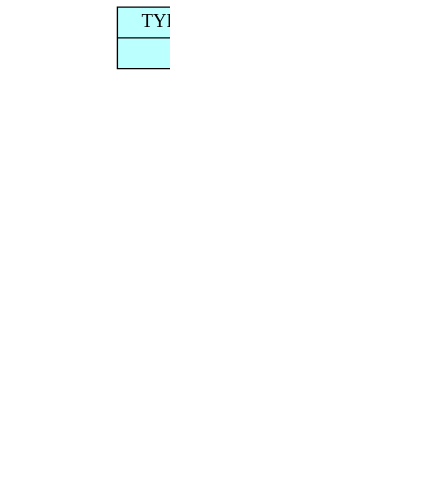
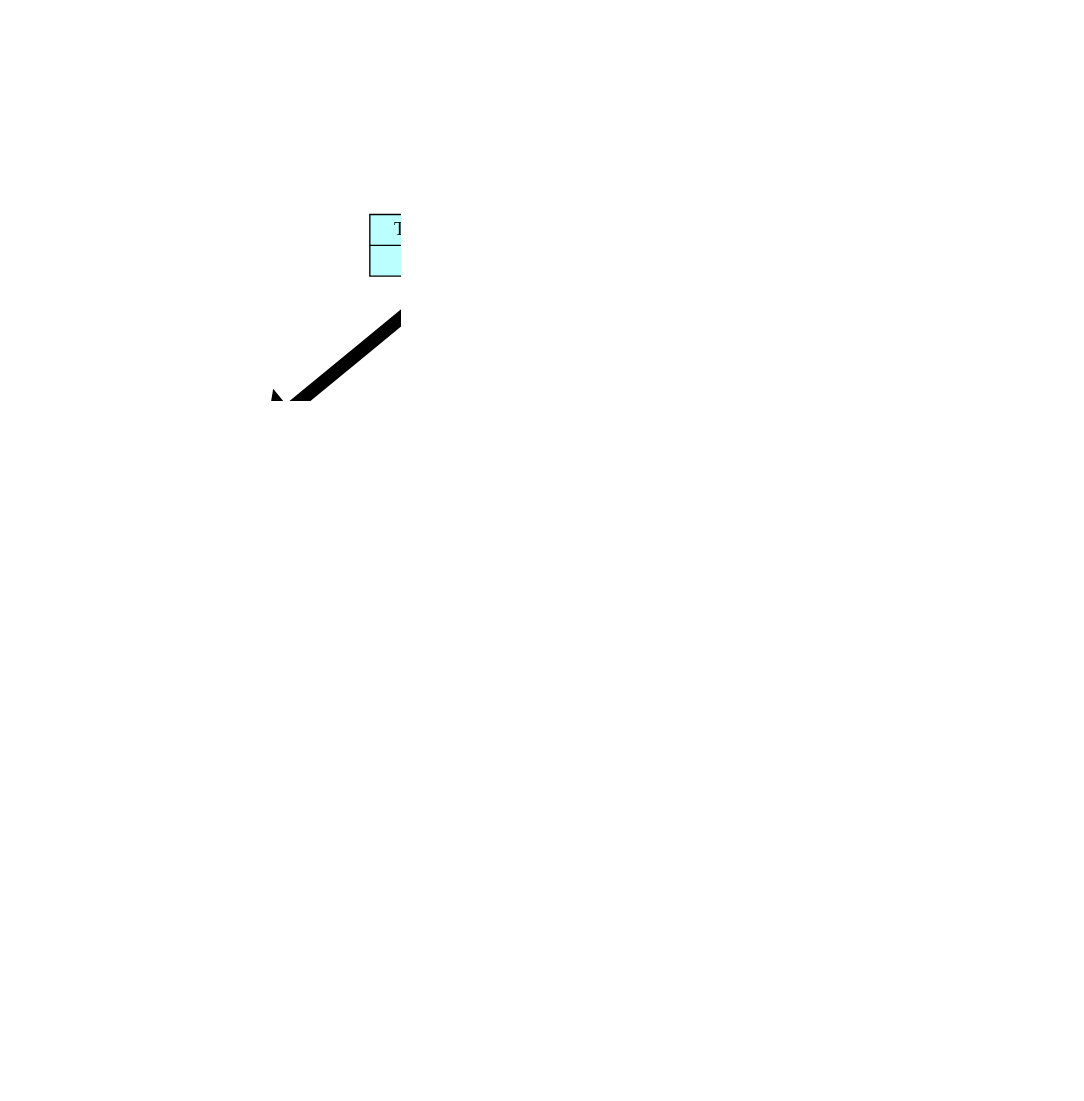
The diagram in dump/list_graph.dot (Troll0ton/Differentiator), drawn with Graphviz before and after one commit. The commit also changed 60 other files, not shown here.

```diff
--- a/dump/list_graph.dot
+++ b/dump/list_graph.dot
@@ -1,17 +1,50 @@
 digraph structs {    
 rankdir = TB;        
 graph [dpi = 200];   
 ranksep = 1.5;       
 edge[penwidth = 10]; 
 cell0 [style = filled, color = black, shape=record, 
-fillcolor = paleturquoise1, label = " { <ptr> TYPE: OPERATION (2) | *} " ];                         
+fillcolor = paleturquoise1, label = " { <ptr> TYPE: OPERATION (1) | +} " ];                         
 cell1 [style = filled, color = black, shape=record, 
 fillcolor = paleturquoise1, label = " { <ptr> TYPE: OPERATION (2) | *} " ];                         
 cell2 [style = filled, color = black, shape=record, 
-fillcolor = darkolivegreen2, label = " { <ptr> TYPE: VARIABLE (4) | X} " ];                         
+fillcolor = paleturquoise1, label = " { <ptr> TYPE: OPERATION (2) | *} " ];                         
 cell3 [style = filled, color = black, shape=record, 
-fillcolor = coral2, label = " { <ptr> TYPE: NUMERIC (4) | 31} " ];                         
-cell0 cell0 -> cell1;
+fillcolor = coral2, label = " { <ptr> TYPE: NUMERIC (4) | -1} " ];                         
+cell4 [style = filled, color = black, shape=record, 
+fillcolor = paleturquoise1, label = " { <ptr> TYPE: OPERATION (4) | sin} " ];                         
+cell5 [style = filled, color = black, shape=record, 
+fillcolor = paleturquoise1, label = " { <ptr> TYPE: OPERATION (2) | *} " ];                         
+cell6 [style = filled, color = black, shape=record, 
+fillcolor = darkolivegreen2, label = " { <ptr> TYPE: VARIABLE (4) | x} " ];                         
+cell7 [style = filled, color = black, shape=record, 
+fillcolor = coral2, label = " { <ptr> TYPE: NUMERIC (4) | 133} " ];                         
+cell8 [style = filled, color = black, shape=record, 
+fillcolor = coral2, label = " { <ptr> TYPE: NUMERIC (4) | 133} " ];                         
+cell9 [style = filled, color = black, shape=record, 
+fillcolor = paleturquoise1, label = " { <ptr> TYPE: OPERATION (2) | *} " ];                         
+cell10 [style = filled, color = black, shape=record, 
+fillcolor = paleturquoise1, label = " { <ptr> TYPE: OPERATION (4) | cos} " ];                         
+cell11 [style = filled, color = black, shape=record, 
+fillcolor = paleturquoise1, label = " { <ptr> TYPE: OPERATION (2) | *} " ];                         
+cell12 [style = filled, color = black, shape=record, 
+fillcolor = darkolivegreen2, label = " { <ptr> TYPE: VARIABLE (4) | x} " ];                         
+cell13 [style = filled, color = black, shape=record, 
+fillcolor = coral2, label = " { <ptr> TYPE: NUMERIC (4) | 133} " ];                         
+cell14 [style = filled, color = black, shape=record, 
+fillcolor = coral2, label = " { <ptr> TYPE: NUMERIC (4) | 133} " ];                         
+cell0 -> cell1;
 cell1 -> cell2;
-cell1 -> cell3;
+cell2 -> cell3;
+cell2 -> cell4;
+cell4 -> cell5;
+cell5 -> cell6;
+cell5 -> cell7;
+cell1 -> cell8;
+cell0 -> cell9;
+cell9 -> cell10;
+cell10 -> cell11;
+cell11 -> cell12;
+cell11 -> cell13;
+cell9 -> cell14;
 }
```
